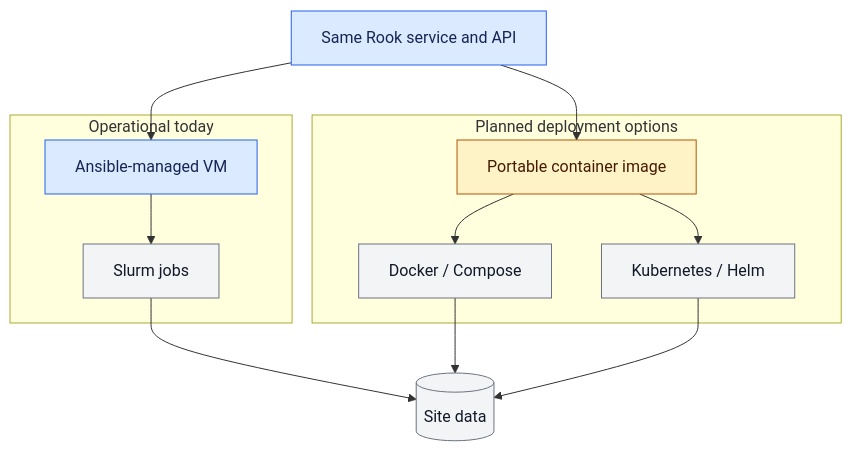
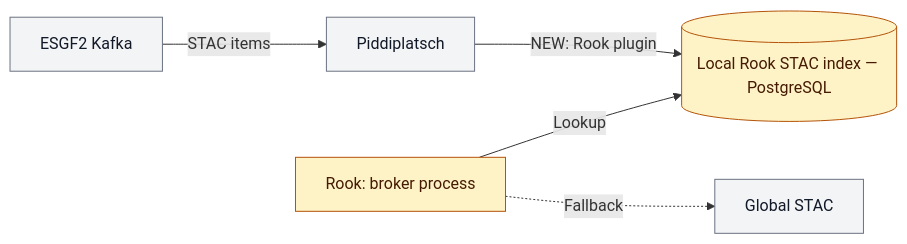
The fourth of 10 diagrams in Rook_WPS_ESGF2_talk_draft.md (roocs/rook), drawn with Mermaid before and after one commit. The commit also changed other lines of this file and 2 other files, not shown here.

````diff
--- a/Rook_WPS_ESGF2_talk_draft.md
+++ b/Rook_WPS_ESGF2_talk_draft.md
@@ -222,26 +170,11 @@
 ```mermaid
-flowchart TD
-    Rook["Same Rook service and API"]
-
-    subgraph Current["Operational today"]
-        VM["Ansible-managed VM"] --> Slurm["Slurm jobs"]
-    end
-
-    subgraph Future["Planned deployment options"]
-        Image["Portable container image"] --> Docker["Docker / Compose"]
-        Image --> K8s["Kubernetes / Helm"]
-    end
-
-    Rook --> VM
-    Rook --> Image
-    Slurm --> Data[("Site data")]
-    Docker --> Data
-    K8s --> Data
-
+flowchart LR
+    Kafka["ESGF2 Kafka"] -->|"STAC items"| Piddi["Piddiplatsch"]
+    Piddi -->|"NEW: Rook plugin"| Index[("Local Rook STAC index — PostgreSQL")]
+    Broker["Rook: broker process"] -->|"Lookup"| Index
+    Broker -.->|"Fallback"| STAC["Global STAC"]
     classDef default fill:#f3f4f6,stroke:#6b7280,color:#111827
     classDef rook fill:#dbeafe,stroke:#2563eb,color:#172554
-    class VM rook
     classDef new fill:#fef3c7,stroke:#b45309,color:#451a03
-    class Image new
-    class Rook rook
+    class Broker,Index new
 ```
````
